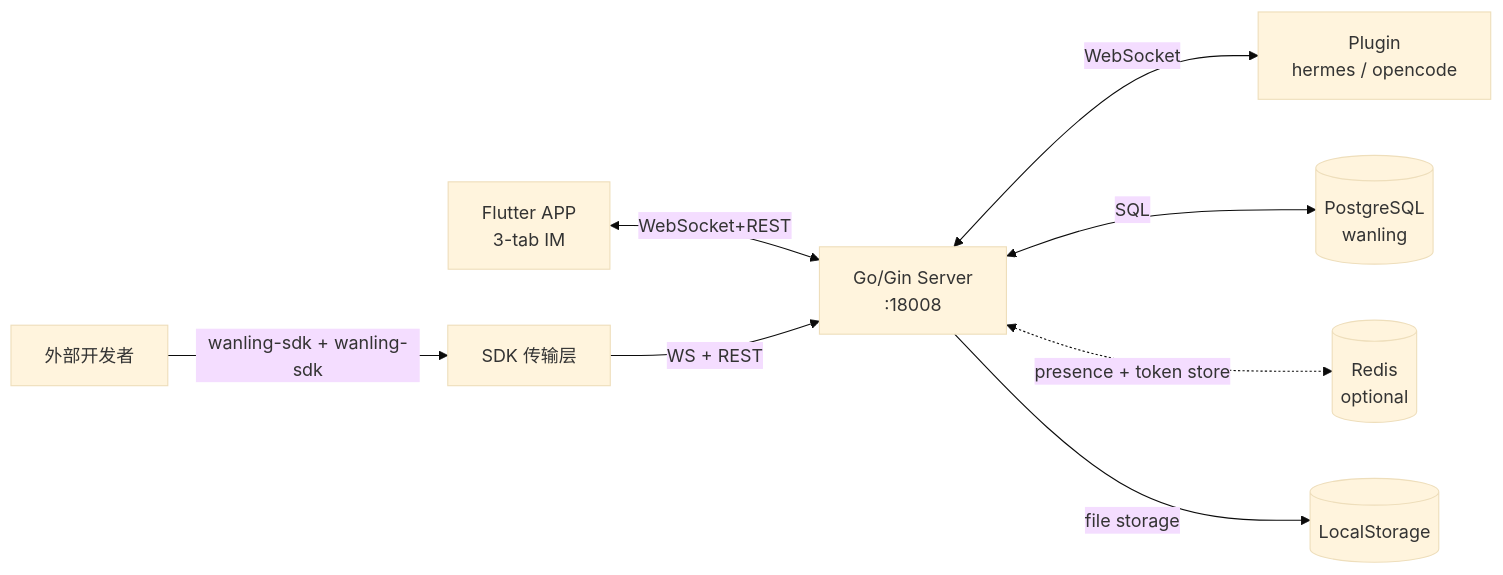
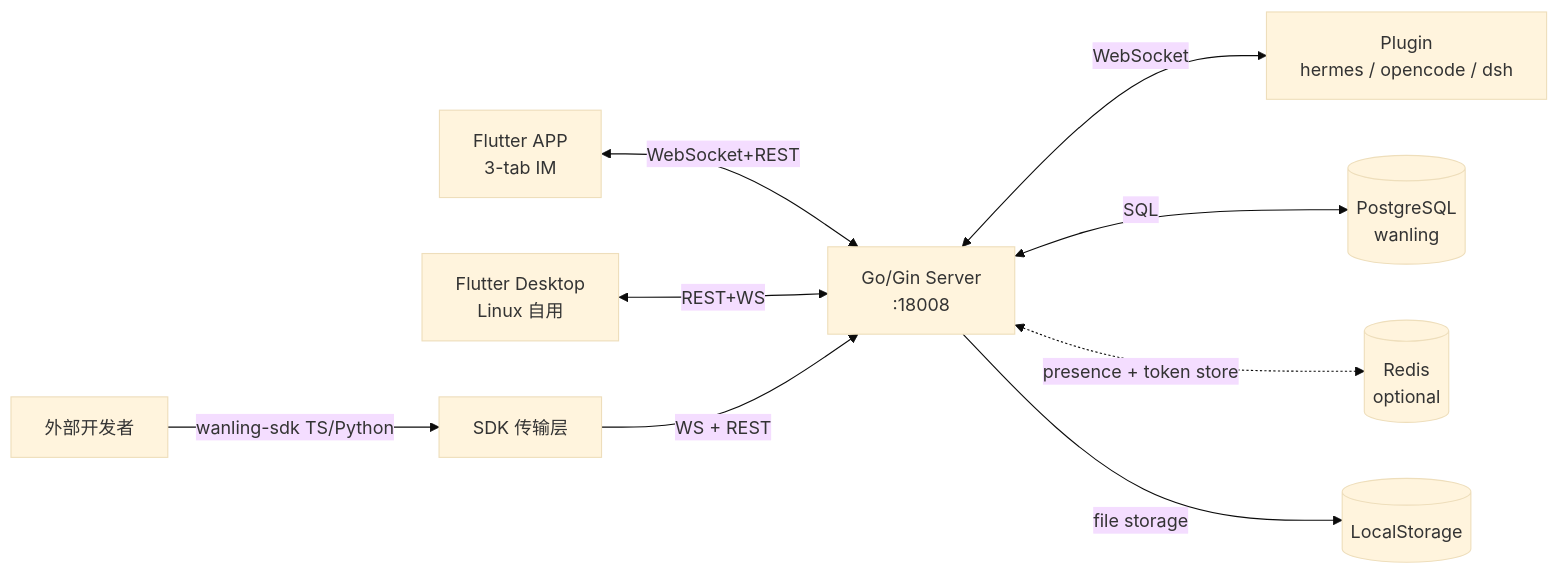
Before and after one commit to luoyu318/wanling: the diagram in docs/architecture/overview.md, drawn with Mermaid (base theme). The commit also changed other lines of this file and 13 other files, not shown here.

First line of the commit message:
同步: agent type 注册表全链路文档 + 拓扑图对齐现状

````diff
--- a/docs/architecture/overview.md
+++ b/docs/architecture/overview.md
@@ -7,10 +7,11 @@
 ```mermaid
 flowchart LR
     APP[Flutter APP<br/>3-tab IM] <-->|WebSocket+REST| SERVER[Go/Gin Server<br/>:18008]
-    SERVER <-->|WebSocket| PLUGIN[Plugin<br/>hermes / opencode]
-    DEV[外部开发者] -->|wanling-sdk + wanling-sdk| SDK[SDK 传输层]
+    DESKTOP[Flutter Desktop<br/>Linux 自用] <-->|REST+WS| SERVER
+    SERVER <-->|WebSocket| PLUGIN[Plugin<br/>hermes / opencode / dsh]
+    DEV[外部开发者] -->|wanling-sdk TS/Python| SDK[SDK 传输层]
     SDK -->|WS + REST| SERVER
     SERVER <-->|SQL| PG[(PostgreSQL<br/>wanling)]
     SERVER <-.->|presence + token store| REDIS[(Redis<br/>optional)]
     SERVER -->|file storage| LOCAL[(LocalStorage)]
 ```
````
